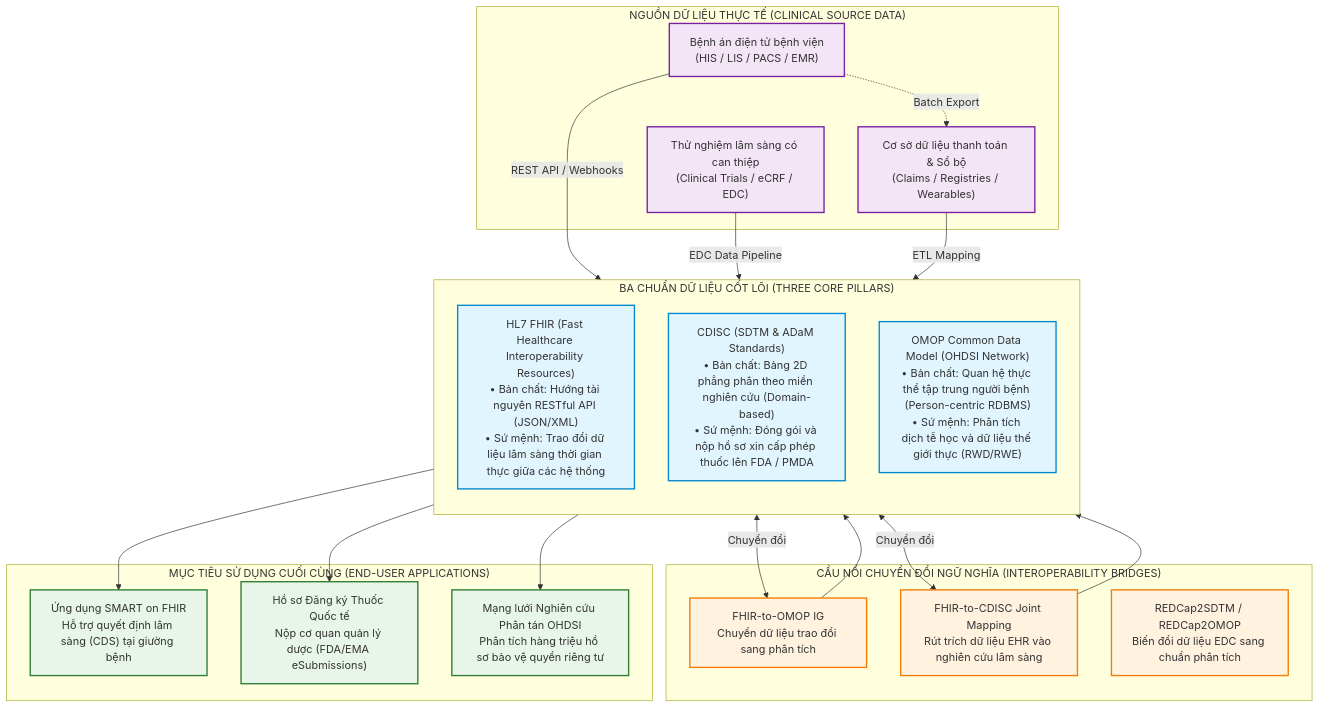
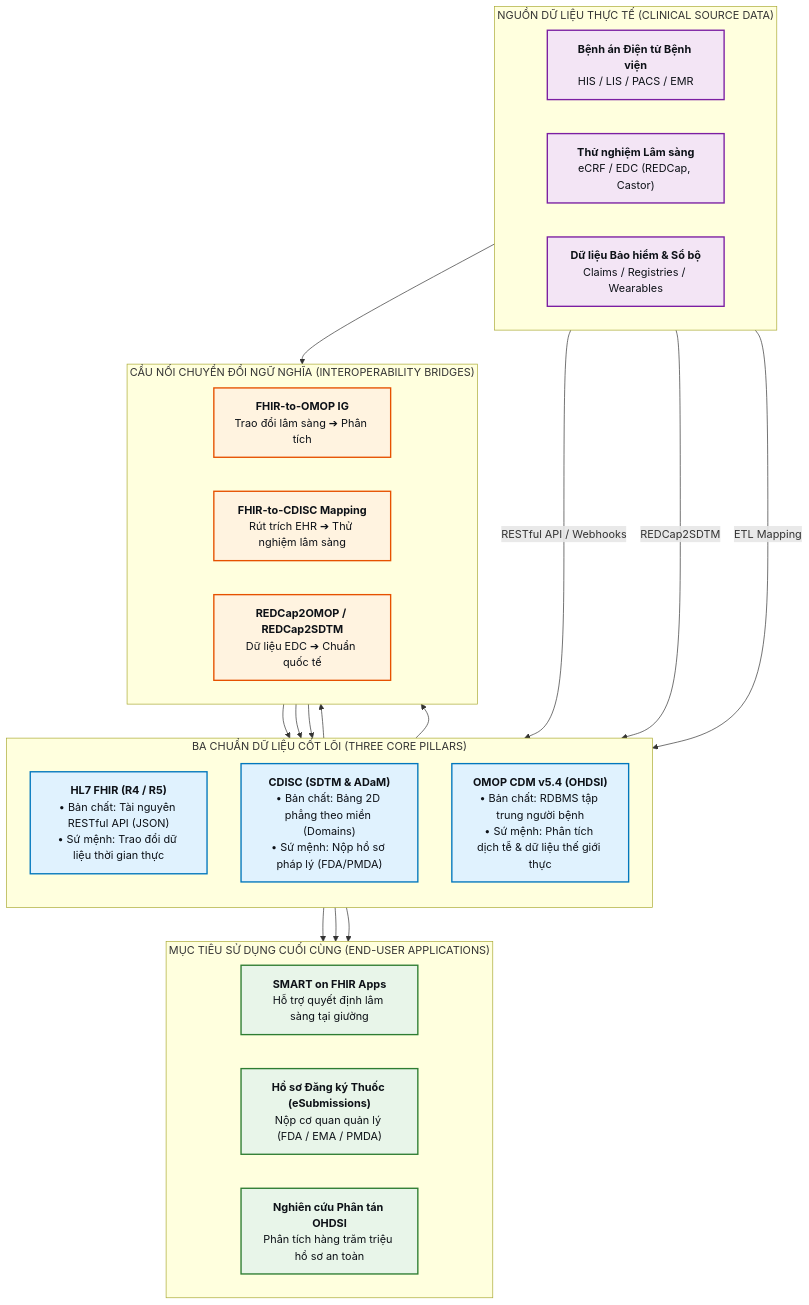
Before and after one commit to fossbk-spec/biomedical-rdm: the diagram in docs/chapters/ch03_standards_cdisc_fhir_omop.md, drawn with Mermaid. The commit also changed 4 other files, not shown here.

Commit message:
docs: import redesigned diagrams and Mermaid style guide draft (unreviewed baseline)

````diff
--- a/docs/chapters/ch03_standards_cdisc_fhir_omop.md
+++ b/docs/chapters/ch03_standards_cdisc_fhir_omop.md
@@ -32,51 +32,70 @@
 ```mermaid
 flowchart TD
+    %% ==========================================
+    %% TẦNG 1: NGUỒN DỮ LIỆU THỰC TẾ
+    %% ==========================================
     subgraph SOURCE["NGUỒN DỮ LIỆU THỰC TẾ (CLINICAL SOURCE DATA)"]
-        EHR["Bệnh án điện tử bệnh viện<br/>(HIS / LIS / PACS / EMR)"]
-        CT["Thử nghiệm lâm sàng có can thiệp<br/>(Clinical Trials / eCRF / EDC)"]
-        REG["Cơ sở dữ liệu thanh toán & Sổ bộ<br/>(Claims / Registries / Wearables)"]
+        direction LR
+        EHR["<b>Bệnh án Điện tử Bệnh viện</b><br/>HIS / LIS / PACS / EMR"]
+        CT["<b>Thử nghiệm Lâm sàng</b><br/>eCRF / EDC (REDCap, Castor)"]
+        REG["<b>Dữ liệu Bảo hiểm & Sổ bộ</b><br/>Claims / Registries / Wearables"]
     end
 
+    %% ==========================================
+    %% TẦNG 2: BA CHUẨN DỮ LIỆU CỐT LÕI
+    %% ==========================================
     subgraph STANDARDS["BA CHUẨN DỮ LIỆU CỐT LÕI (THREE CORE PILLARS)"]
         direction TB
-        FHIR["HL7 FHIR (Fast Healthcare Interoperability Resources)<br/>• Bản chất: Hướng tài nguyên RESTful API (JSON/XML)<br/>• Sứ mệnh: Trao đổi dữ liệu lâm sàng thời gian thực giữa các hệ thống"]
-        CDISC["CDISC (SDTM & ADaM Standards)<br/>• Bản chất: Bảng 2D phẳng phân theo miền nghiên cứu (Domain-based)<br/>• Sứ mệnh: Đóng gói và nộp hồ sơ xin cấp phép thuốc lên FDA / PMDA"]
-        OMOP["OMOP Common Data Model (OHDSI Network)<br/>• Bản chất: Quan hệ thực thể tập trung người bệnh (Person-centric RDBMS)<br/>• Sứ mệnh: Phân tích dịch tễ học và dữ liệu thế giới thực (RWD/RWE)"]
+        FHIR["<b>HL7 FHIR (R4 / R5)</b><br/>• Bản chất: Tài nguyên RESTful API (JSON)<br/>• Sứ mệnh: Trao đổi dữ liệu thời gian thực"]
+        CDISC["<b>CDISC (SDTM & ADaM)</b><br/>• Bản chất: Bảng 2D phẳng theo miền (Domains)<br/>• Sứ mệnh: Nộp hồ sơ pháp lý (FDA/PMDA)"]
+        OMOP["<b>OMOP CDM v5.4 (OHDSI)</b><br/>• Bản chất: RDBMS tập trung người bệnh<br/>• Sứ mệnh: Phân tích dịch tễ & dữ liệu thế giới thực"]
     end
 
+    %% ==========================================
+    %% TẦNG 3: CẦU NỐI LIÊN THÔNG NGỮ NGHĨA
+    %% ==========================================
     subgraph BRIDGES["CẦU NỐI CHUYỂN ĐỔI NGỮ NGHĨA (INTEROPERABILITY BRIDGES)"]
-        F2O["FHIR-to-OMOP IG<br/>Chuyển dữ liệu trao đổi sang phân tích"]
-        F2C["FHIR-to-CDISC Joint Mapping<br/>Rút trích dữ liệu EHR vào nghiên cứu lâm sàng"]
-        R2C["REDCap2SDTM / REDCap2OMOP<br/>Biến đổi dữ liệu EDC sang chuẩn phân tích"]
+        direction LR
+        F2O["<b>FHIR-to-OMOP IG</b><br/>Trao đổi lâm sàng ➔ Phân tích"]
+        F2C["<b>FHIR-to-CDISC Mapping</b><br/>Rút trích EHR ➔ Thử nghiệm lâm sàng"]
+        R2O["<b>REDCap2OMOP / REDCap2SDTM</b><br/>Dữ liệu EDC ➔ Chuẩn quốc tế"]
     end
 
+    %% ==========================================
+    %% TẦNG 4: MỤC TIÊU ỨNG DỤNG CUỐI CÙNG
+    %% ==========================================
     subgraph USECASES["MỤC TIÊU SỬ DỤNG CUỐI CÙNG (END-USER APPLICATIONS)"]
-        APP["Ứng dụng SMART on FHIR<br/>Hỗ trợ quyết định lâm sàng (CDS) tại giường bệnh"]
-        REG_SUB["Hồ sơ Đăng ký Thuốc Quốc tế<br/>Nộp cơ quan quản lý dược (FDA/EMA eSubmissions)"]
-        FED_RES["Mạng lưới Nghiên cứu Phân tán OHDSI<br/>Phân tích hàng triệu hồ sơ bảo vệ quyền riêng tư"]
+        direction LR
+        APP["<b>SMART on FHIR Apps</b><br/>Hỗ trợ quyết định lâm sàng tại giường"]
+        REG_SUB["<b>Hồ sơ Đăng ký Thuốc (eSubmissions)</b><br/>Nộp cơ quan quản lý (FDA / EMA / PMDA)"]
+        FED_RES["<b>Nghiên cứu Phân tán OHDSI</b><br/>Phân tích hàng trăm triệu hồ sơ an toàn"]
     end
 
-    EHR -->|"REST API / Webhooks"| FHIR
-    CT -->|"EDC Data Pipeline"| CDISC
-    EHR -.->|"Batch Export"| REG
+    %% ==========================================
+    %% DÒNG DỮ LIỆU LIÊN THÔNG (NODE-TO-NODE)
+    %% ==========================================
+    EHR -->|"RESTful API / Webhooks"| FHIR
+    CT -->|"REDCap2SDTM"| CDISC
     REG -->|"ETL Mapping"| OMOP
 
-    FHIR <-->|"Chuyển đổi"| F2O
-    F2O --> OMOP
-    FHIR <-->|"Chuyển đổi"| F2C
-    F2C --> CDISC
+    FHIR --> F2O --> OMOP
+    FHIR --> F2C --> CDISC
+    CT --> R2O --> OMOP
 
     FHIR --> APP
     CDISC --> REG_SUB
     OMOP --> FED_RES
 
-    classDef src fill:#f3e5f5,stroke:#7b1fa2,stroke-width:2px;
-    classDef std fill:#e1f5fe,stroke:#0288d1,stroke-width:2px;
-    classDef brg fill:#fff3e0,stroke:#f57c00,stroke-width:2px;
-    classDef use fill:#e8f5e9,stroke:#2e7d32,stroke-width:2px;
+    %% ==========================================
+    %% BẢNG MÀU TƯƠNG PHẢN CAO CHO DARK/LIGHT MODE
+    %% ==========================================
+    classDef srcStyle fill:#F3E5F5,stroke:#7B1FA2,stroke-width:2px,color:#0D1117;
+    classDef stdStyle fill:#E0F2FE,stroke:#0277BD,stroke-width:2px,color:#0D1117;
+    classDef brgStyle fill:#FFF3E0,stroke:#E65100,stroke-width:2px,color:#0D1117;
+    classDef useStyle fill:#E8F5E9,stroke:#2E7D32,stroke-width:2px,color:#0D1117;
 
-    class EHR,CT,REG src;
-    class FHIR,CDISC,OMOP std;
-    class F2O,F2C,R2C brg;
-    class APP,REG_SUB,FED_RES use;
+    class EHR,CT,REG srcStyle;
+    class FHIR,CDISC,OMOP stdStyle;
+    class F2O,F2C,R2O brgStyle;
+    class APP,REG_SUB,FED_RES useStyle;
 ```
````
